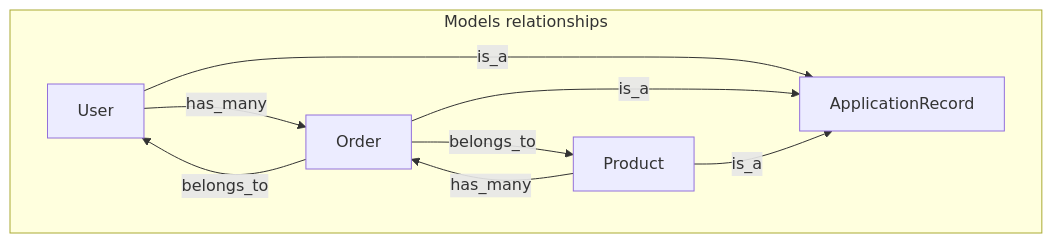
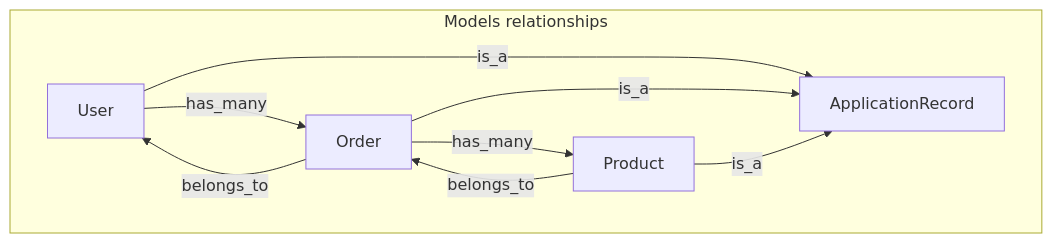
The second of 4 diagrams in README.md (enogrob/order_normalizer_api), drawn with Mermaid before and after one commit.

Commit message:
readme-improvements

````diff
--- a/README.md
+++ b/README.md
@@ -58,17 +58,17 @@
 ```mermaid
 graph TD
     subgraph Models relationships
       A[User]
       B[Order]
       C[Product]
       D[ApplicationRecord]
       
       A -->|has_many| B
       B --> |belongs_to| A
-      B --> |belongs_to| C
-      C -->|has_many| B
+      B --> |has_many| C
+      C -->|belongs_to| B
       A --> |is_a| D
       B --> |is_a| D
       C --> |is_a| D
     end
 ```
````
